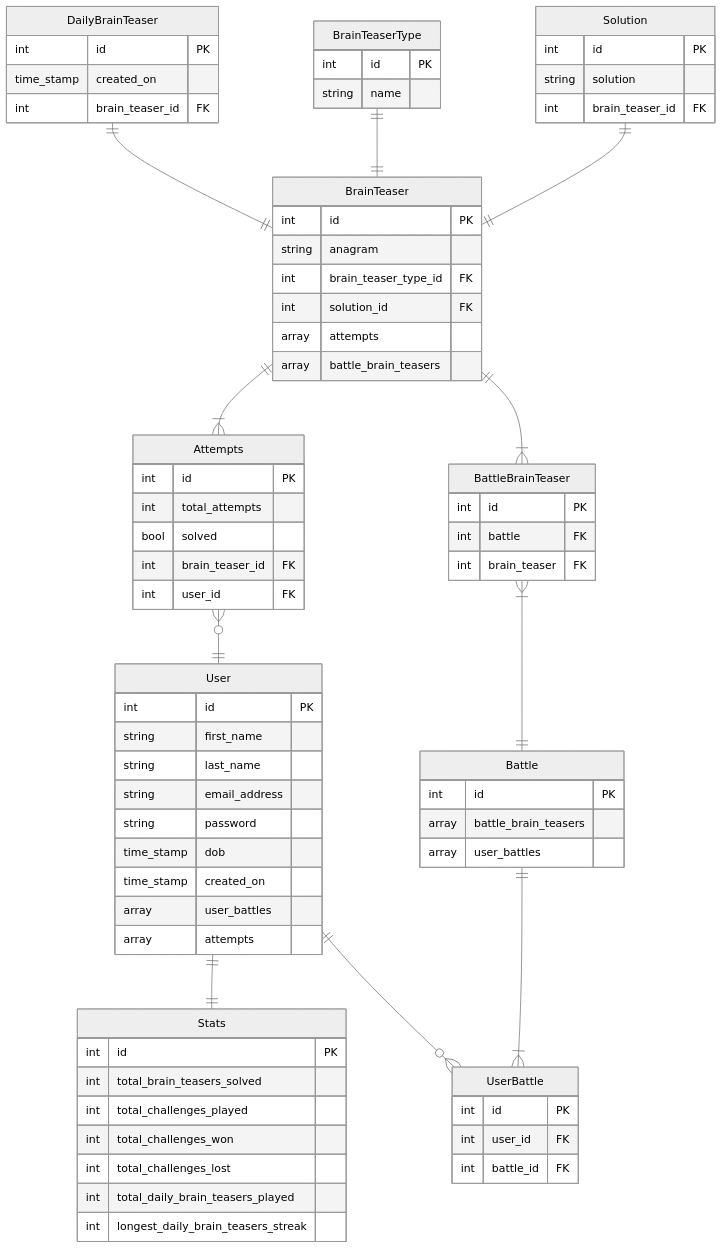
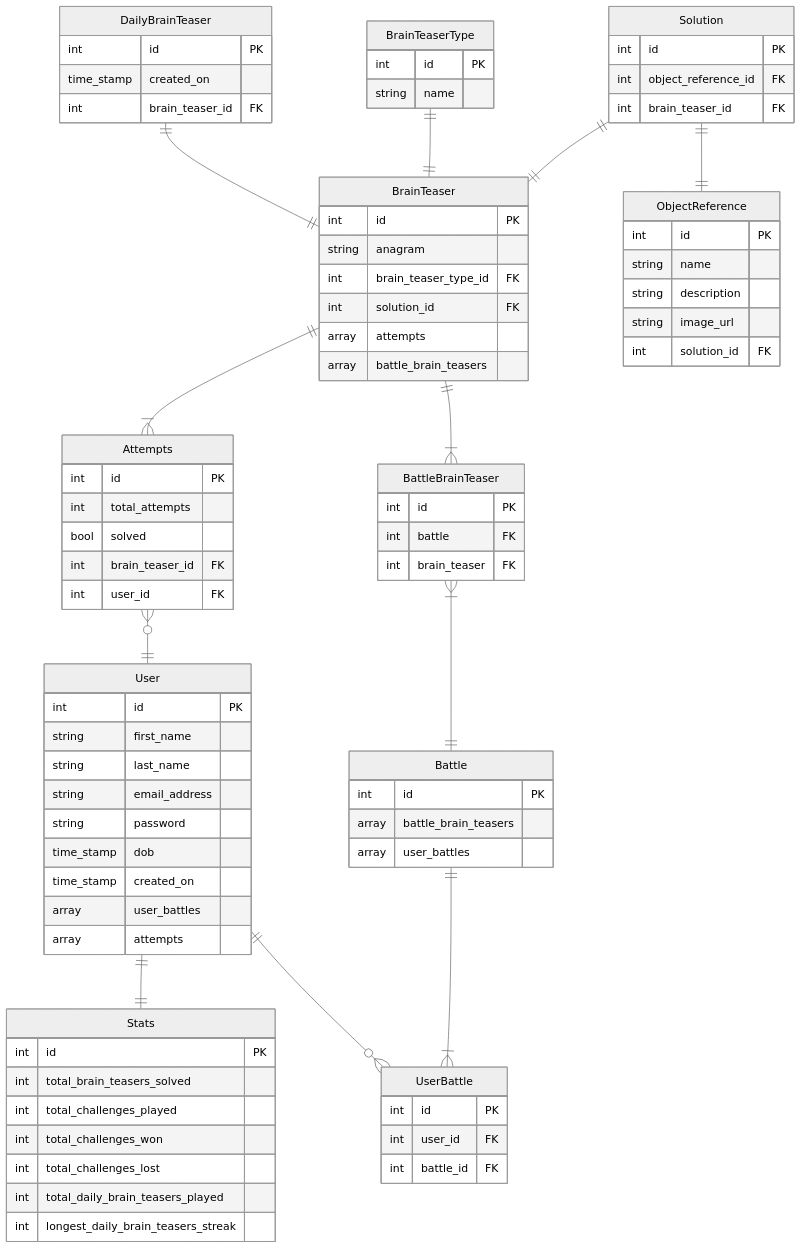
One commit to seanjamescurrie/bananagrams changed the second of 2 diagrams in README.md. Above: the diagram before and after it, drawn with Mermaid (neutral theme). The commit also changed other lines of this file, not shown here.

Commit message:
Added object reference table to ReadMe.md

```diff
--- a/README.md
+++ b/README.md
@@ -52,6 +52,7 @@
   DailyBrainTeaser ||--|| BrainTeaser : ""  
   BrainTeaserType ||--|| BrainTeaser : ""
   Solution ||--|| BrainTeaser : ""
+  Solution ||--|| ObjectReference : ""
   BrainTeaser ||--|{ Attempts : ""
   BrainTeaser ||--|{ BattleBrainTeaser : ""
   Attempts }o--|| User : ""
@@ -73,8 +74,16 @@
   
   Solution {
     int id PK
-    string solution
+    int object_reference_id FK
     int brain_teaser_id FK
+  }
+  
+  ObjectReference {
+    int id PK
+    string name
+    string description
+    string image_url
+    int solution_id FK
   }
   
   BrainTeaser {
```
